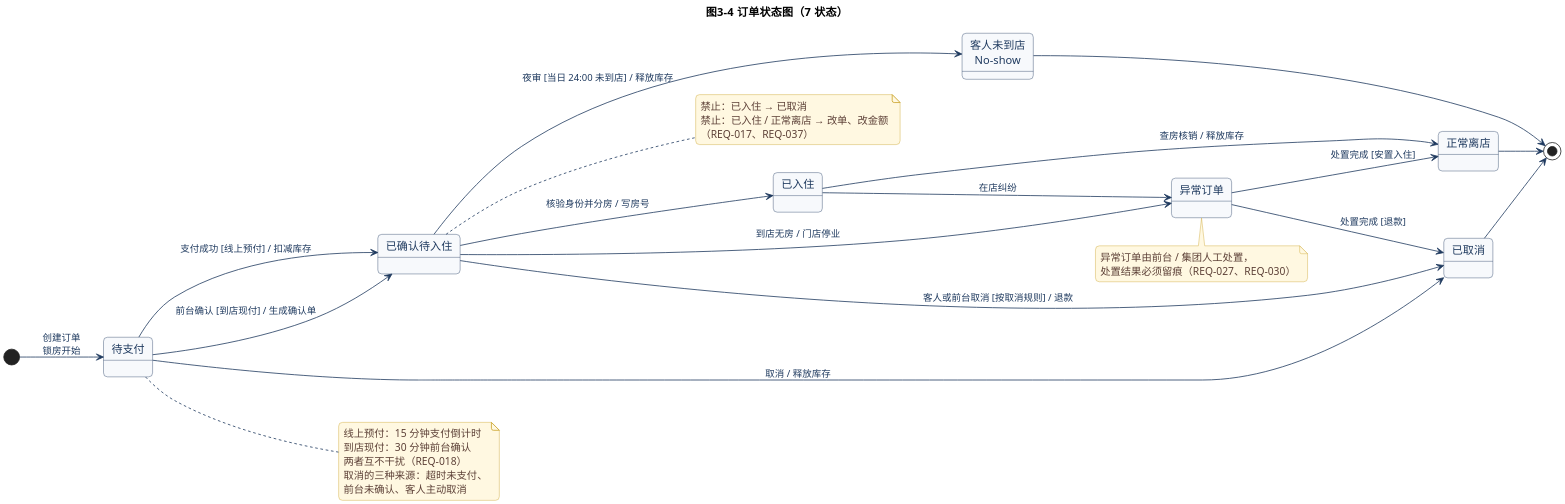
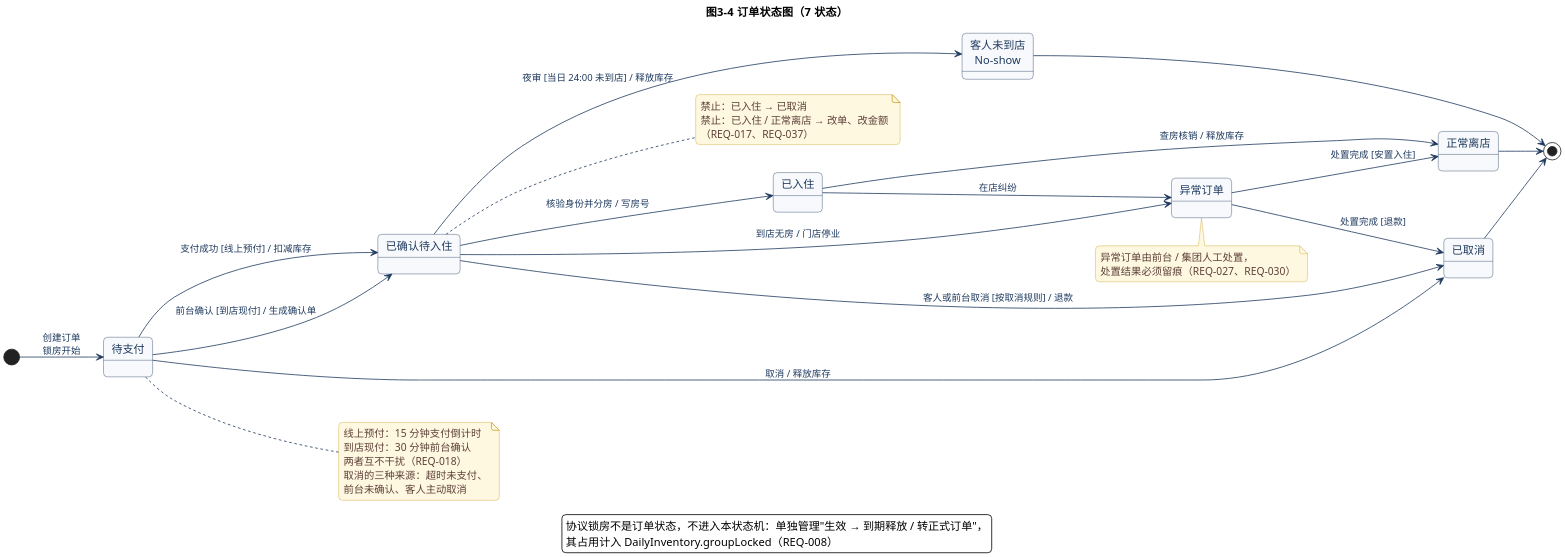
The diagram in lab2/UML/UML状态图.puml (Ash-Klein/hotel-booking-system), drawn with PlantUML before and after one commit. The commit also changed 12 other files, not shown here.

First line of the commit message:
fix(lab2): 统一协议锁房在各图中的口径（REQ-008）

```diff
--- a/lab2/UML/UML状态图.puml
+++ b/lab2/UML/UML状态图.puml
@@ -1,69 +1,74 @@
 @startuml UML状态图
 skinparam defaultFontName "Microsoft YaHei"
 skinparam dpi 200
 skinparam shadowing false
 skinparam backgroundColor #FFFFFF
 skinparam roundCorner 10
 skinparam ArrowColor #1F3A5F
 skinparam ArrowFontColor #1F3A5F
 skinparam ArrowFontSize 12
 skinparam stateBorderColor #1F3A5F
 skinparam stateBackgroundColor #F7F9FC
 skinparam stateFontColor #1F3A5F
 skinparam stateFontSize 14
 skinparam noteBackgroundColor #FFF8E1
 skinparam noteBorderColor #C9A227
 skinparam noteFontColor #5D4037
 skinparam nodesep 35
 skinparam ranksep 55
 left to right direction
 title 图3-4  订单状态图（7 状态）
 
 state "待支付" as PENDING
 state "已确认待入住" as CONFIRMED
 state "已入住" as CHECKED_IN
 state "正常离店" as CHECKED_OUT
 state "已取消" as CANCELLED
 state "客人未到店\nNo-show" as NO_SHOW
 state "异常订单" as EXCEPTION
 
 [*] --> PENDING : 创建订单\n锁房开始
 PENDING --> CONFIRMED : 支付成功 [线上预付] / 扣减库存
 PENDING --> CONFIRMED : 前台确认 [到店现付] / 生成确认单
 PENDING --> CANCELLED : 取消 / 释放库存
 
 CONFIRMED --> CHECKED_IN : 核验身份并分房 / 写房号
 CONFIRMED --> CANCELLED : 客人或前台取消 [按取消规则] / 退款
 CONFIRMED --> NO_SHOW : 夜审 [当日 24:00 未到店] / 释放库存
 CONFIRMED --> EXCEPTION : 到店无房 / 门店停业
 
 CHECKED_IN --> CHECKED_OUT : 查房核销 / 释放库存
 CHECKED_IN --> EXCEPTION : 在店纠纷
 
 EXCEPTION --> CANCELLED : 处置完成 [退款]
 EXCEPTION --> CHECKED_OUT : 处置完成 [安置入住]
 
 CANCELLED --> [*]
 CHECKED_OUT --> [*]
 NO_SHOW --> [*]
 
 note right of PENDING
   线上预付：15 分钟支付倒计时
   到店现付：30 分钟前台确认
   两者互不干扰（REQ-018）
   取消的三种来源：超时未支付、
   前台未确认、客人主动取消
 end note
 
 note right of CONFIRMED
   禁止：已入住 → 已取消
   禁止：已入住 / 正常离店 → 改单、改金额
   （REQ-017、REQ-037）
 end note
 
 note bottom of EXCEPTION
   异常订单由前台 / 集团人工处置，
   处置结果必须留痕（REQ-027、REQ-030）
 end note
 
+legend bottom
+  协议锁房不是订单状态，不进入本状态机：单独管理"生效 → 到期释放 / 转正式订单"，
+  其占用计入 DailyInventory.groupLocked（REQ-008）
+endlegend
+
 @enduml
```
